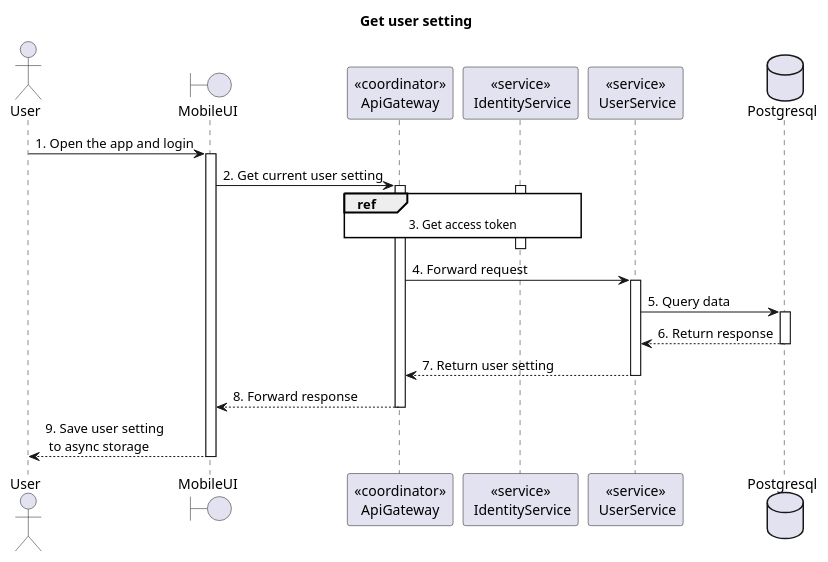
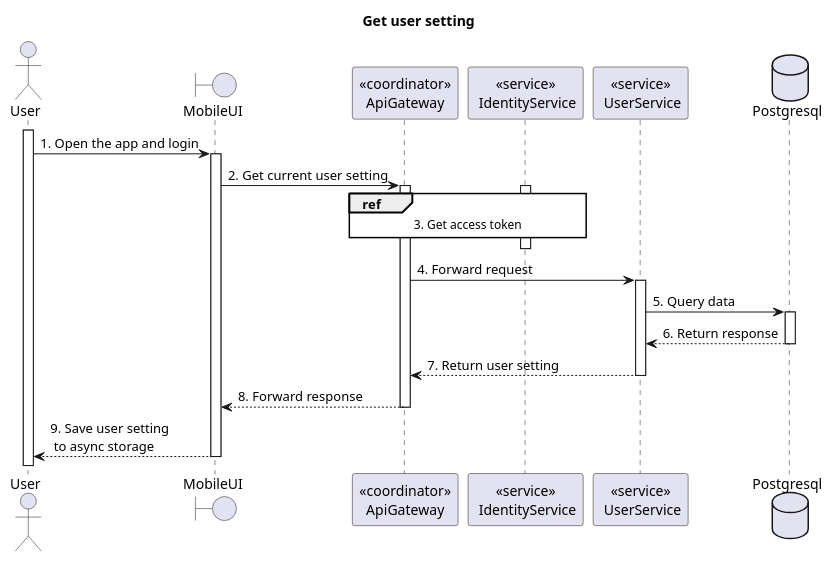
One commit to Carl-Johnsons/tastopia changed the diagram in doc/SDS/User/Get current user's setting/Sequence.plantuml. Above: the diagram before and after it, drawn with PlantUML. The commit also changed 50 other files, not shown here.

```diff
--- a/doc/SDS/User/Get current user's setting/Sequence.plantuml
+++ b/doc/SDS/User/Get current user's setting/Sequence.plantuml
@@ -1,36 +1,38 @@
 @startuml Sequence
 title "Get user setting"
 
 ' Style section
 <style>
   sequenceDiagram {
     reference {
       BackGroundColor white
     }
 }
 </style>
 
 actor User
+activate User
+
 boundary MobileUI
 participant "<<coordinator>>\nApiGateway" as ApiGateway
 participant "<<service>>\n IdentityService" as IdentityService
 participant "<<service>>\n UserService" as UserService
 database Postgresql
 
 User -> MobileUI ++: 1. Open the app and login
 MobileUI -> ApiGateway ++: 2. Get current user setting
 
 activate IdentityService
 ref over ApiGateway, IdentityService: 3. Get access token
 ApiGateway -[hidden]-> IdentityService
 deactivate IdentityService
 
 ApiGateway -> UserService ++: 4. Forward request
 UserService -> Postgresql ++: 5. Query data
 UserService <-- Postgresql--: 6. Return response
 
 ApiGateway <-- UserService--: 7. Return user setting
 MobileUI <-- ApiGateway--: 8. Forward response
 User <-- MobileUI--: 9. Save user setting\n to async storage
 
 @enduml
```
